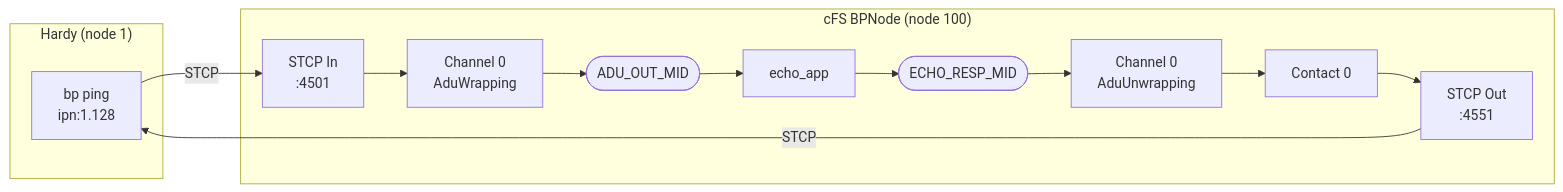
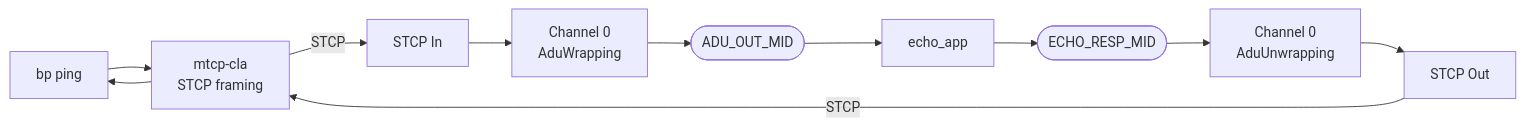
Before and after one commit to ricktaylor/hardy: the first of 2 diagrams in tests/interop/NASA-cFS/README.md, drawn with Mermaid. The commit also changed other lines of this file, not shown here.

````diff
--- a/tests/interop/NASA-cFS/README.md
+++ b/tests/interop/NASA-cFS/README.md
@@ -33,23 +41,13 @@
 ```mermaid
 flowchart LR
-    subgraph Hardy ["Hardy (node 1)"]
-        BP["bp ping<br/>ipn:1.128"]
-    end
-
-    subgraph cFS ["cFS BPNode (node 100)"]
-        STCP_IN["STCP In<br/>:4501"]
-        CH0_W["Channel 0<br/>AduWrapping"]
-        ADU_OUT(["ADU_OUT_MID"])
-        ECHO["echo_app"]
-        ECHO_RESP(["ECHO_RESP_MID"])
-        CH0_U["Channel 0<br/>AduUnwrapping"]
-        CONTACT["Contact 0"]
-        STCP_OUT["STCP Out<br/>:4551"]
-
-        STCP_IN --> CH0_W --> ADU_OUT --> ECHO
-        ECHO --> ECHO_RESP --> CH0_U --> CONTACT --> STCP_OUT
-    end
-
-    BP -- "STCP" --> STCP_IN
-    STCP_OUT -- "STCP" --> BP
+    BP["bp ping"] --> CLA["mtcp-cla<br/>STCP framing"]
+    CLA -- "STCP" --> STCP_IN["STCP In"]
+    STCP_IN --> CH0_W["Channel 0<br/>AduWrapping"]
+    CH0_W --> ADU_OUT(["ADU_OUT_MID"])
+    ADU_OUT --> ECHO["echo_app"]
+    ECHO --> ECHO_RESP(["ECHO_RESP_MID"])
+    ECHO_RESP --> CH0_U["Channel 0<br/>AduUnwrapping"]
+    CH0_U --> STCP_OUT["STCP Out"]
+    STCP_OUT -- "STCP" --> CLA
+    CLA --> BP
 ```
````
